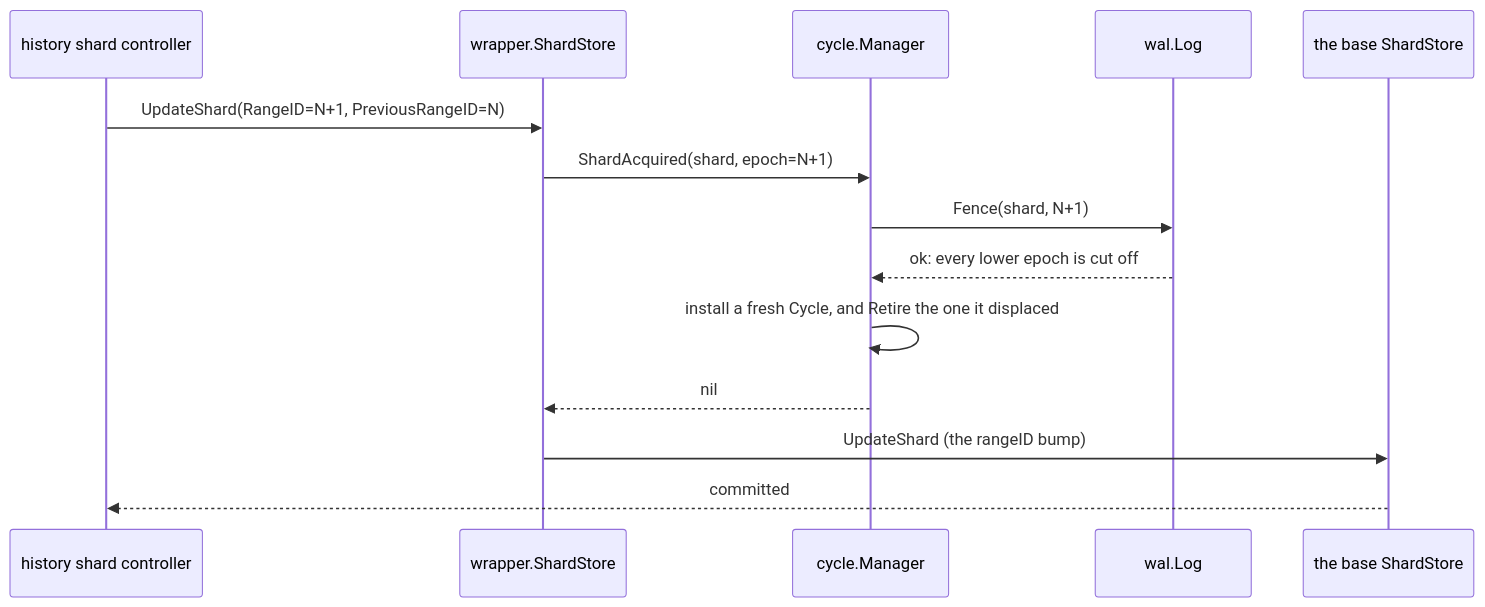
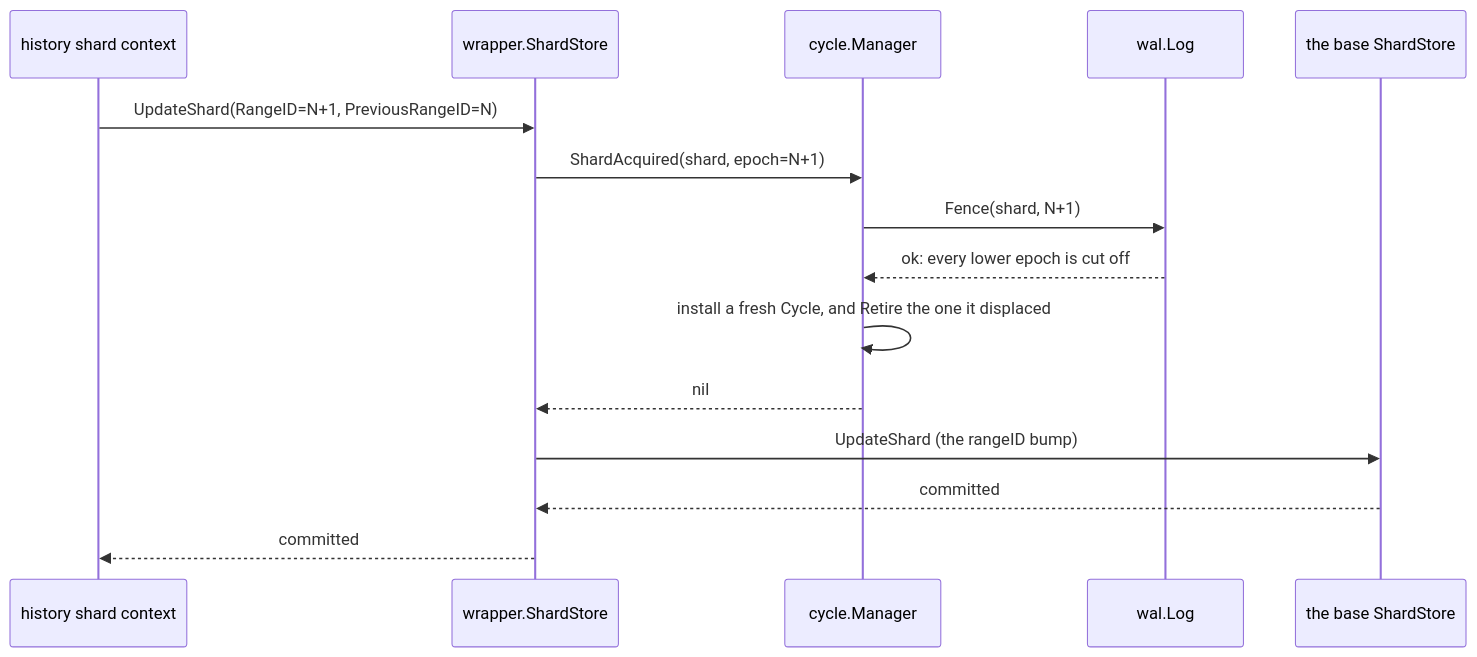
The first of 4 diagrams in docs/handbook/06-shard-lifecycle.md (aromanovich/waltz), drawn with Mermaid before and after one commit. The commit also changed other lines of this file and 187 other files, not shown here.

````diff
--- a/docs/handbook/06-shard-lifecycle.md
+++ b/docs/handbook/06-shard-lifecycle.md
@@ -96,16 +47,17 @@
 ```mermaid
 sequenceDiagram
-    participant SC as history shard controller
+    participant SC as history shard context
     participant WS as wrapper.ShardStore
     participant MG as cycle.Manager
     participant LOG as wal.Log
     participant BS as the base ShardStore
     SC->>WS: UpdateShard(RangeID=N+1, PreviousRangeID=N)
     WS->>MG: ShardAcquired(shard, epoch=N+1)
     MG->>LOG: Fence(shard, N+1)
     LOG-->>MG: ok: every lower epoch is cut off
     MG->>MG: install a fresh Cycle, and Retire the one it displaced
     MG-->>WS: nil
     WS->>BS: UpdateShard (the rangeID bump)
-    BS-->>SC: committed
+    BS-->>WS: committed
+    WS-->>SC: committed
 ```
````
